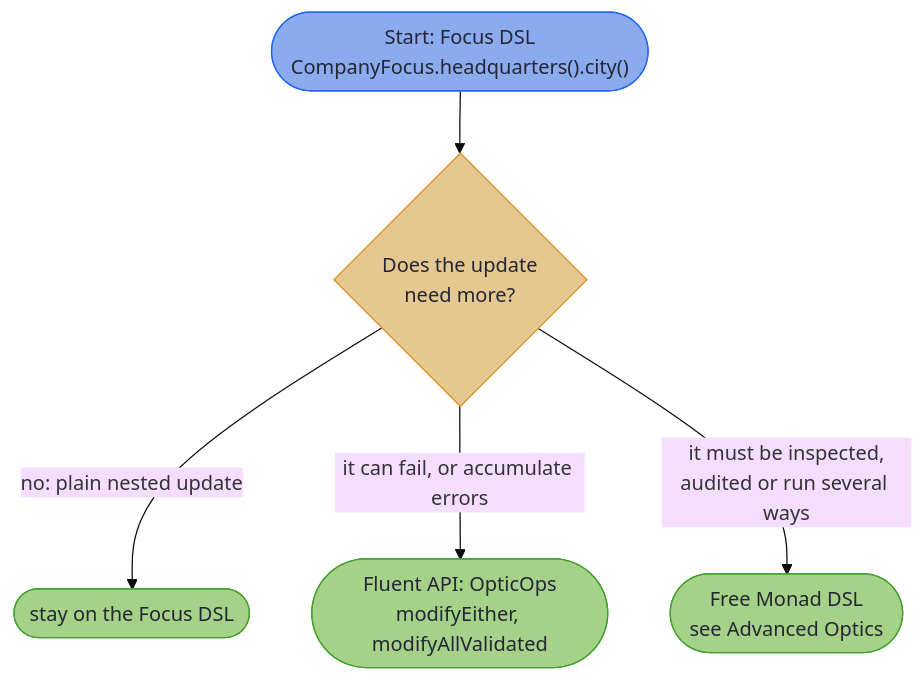
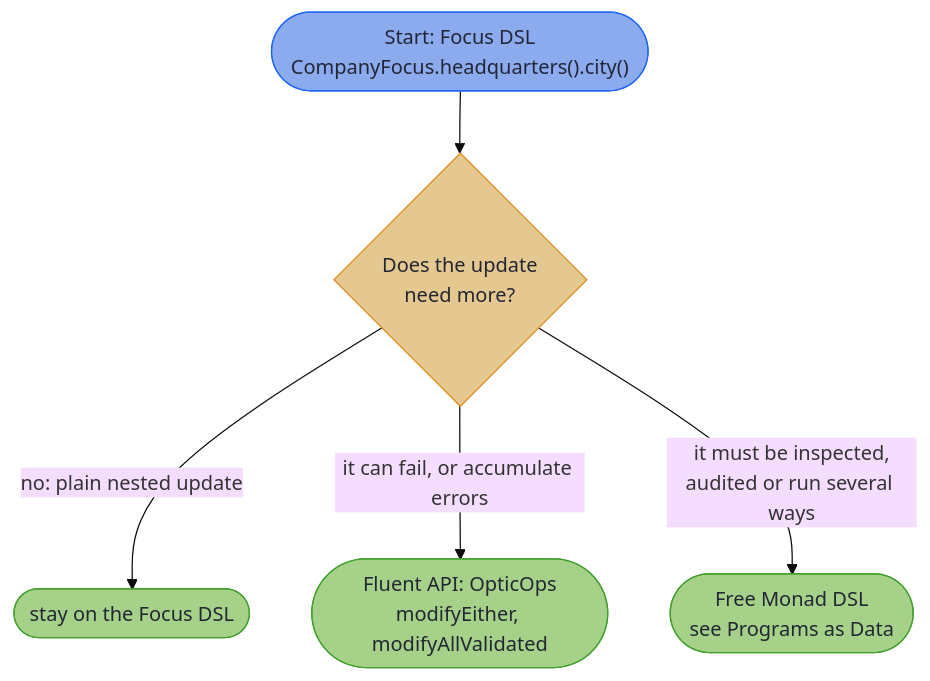
One commit to higher-kinded-j/higher-kinded-j.github.io changed the second of 4 diagrams in latest/optics/decision_trees.md. Above: the diagram before and after it, drawn with Mermaid (base theme). The commit also changed other lines of this file and 387 other files, not shown here.

````diff
--- a/latest/optics/decision_trees.md
+++ b/latest/optics/decision_trees.md
@@ -55,14 +53,16 @@
 ```mermaid
 flowchart TD
+    accTitle: Which API style?
+    accDescr: Start on the Focus DSL and stay there for a plain nested update. An update that can fail or accumulate errors moves to the Fluent API's OpticOps. One that must be inspected, audited or run several ways moves to the Free Monad DSL.
     S(["Start: Focus DSL<br/>CompanyFocus.headquarters().city()"]) --> Q{"Does the update<br/>need more?"}
     Q -->|"no: plain nested update"| S2(["stay on the Focus DSL"])
     Q -->|"it can fail, or accumulate errors"| FA(["Fluent API: OpticOps<br/>modifyEither, modifyAllValidated"])
-    Q -->|"it must be inspected,<br/>audited or run several ways"| FM(["Free Monad DSL<br/>see Advanced Optics"])
+    Q -->|"it must be inspected,<br/>audited or run several ways"| FM(["Free Monad DSL<br/>see Programs as Data"])
 
     classDef decision fill:#e5c890,stroke:#df8e1d,color:#232634
     classDef tier fill:#a6d189,stroke:#40a02b,color:#232634
     classDef wire fill:#8caaee,stroke:#1e66f5,color:#232634
     class Q decision
     class S2,FA,FM tier
     class S wire
 ```
````
